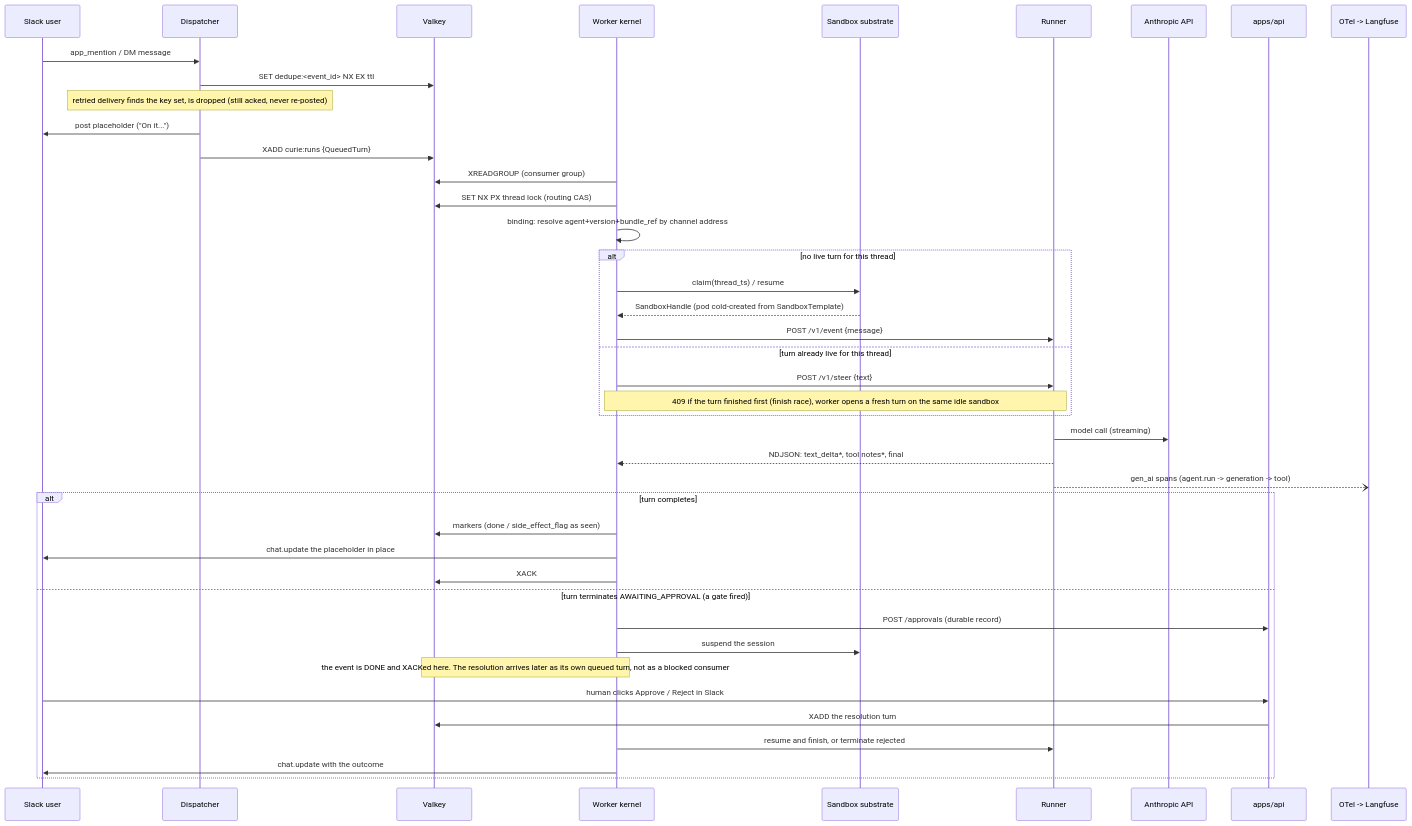
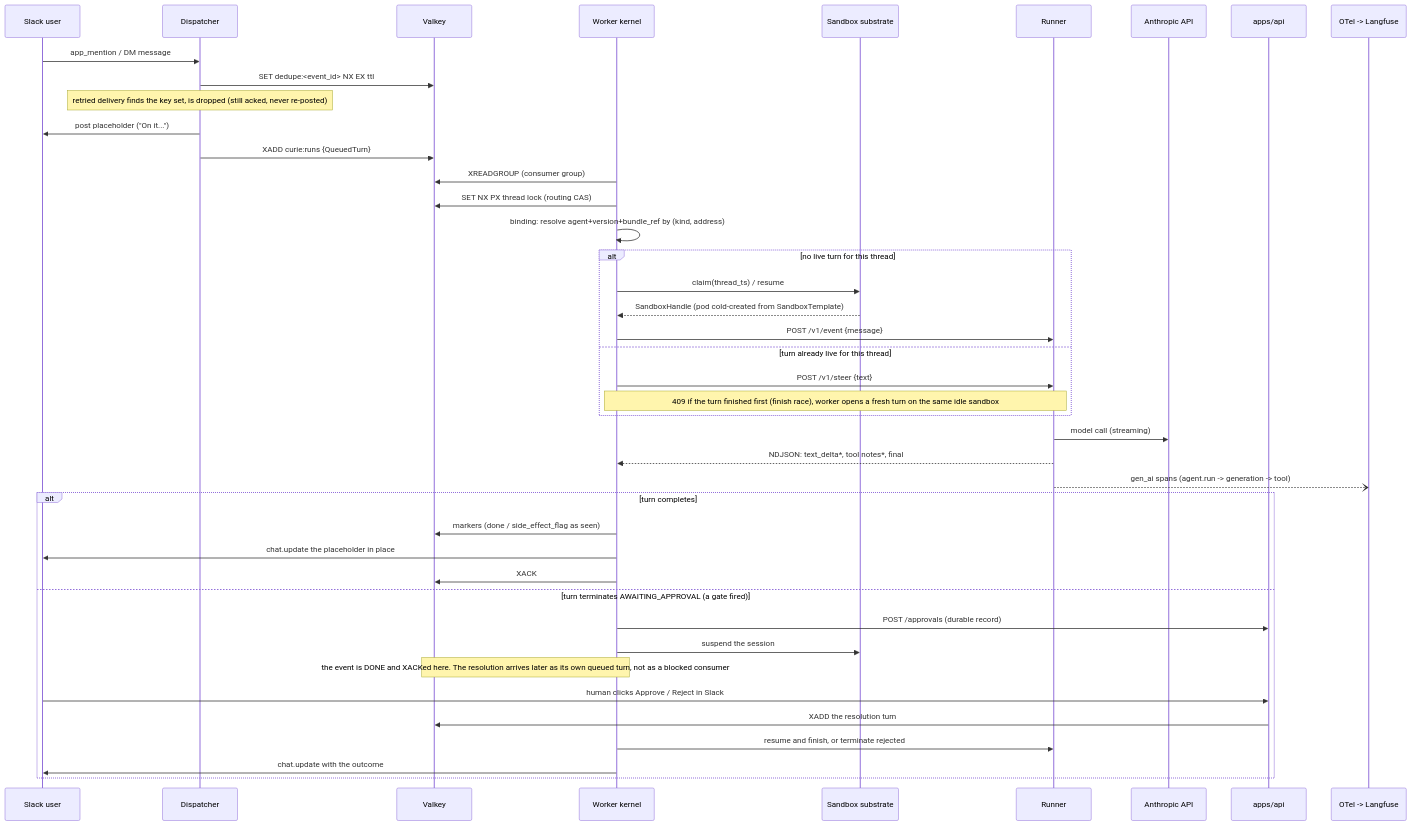
Before and after one commit to curie-eng/agentos: the second of 3 diagrams in ARCHITECTURE.md, drawn with Mermaid. The commit also changed other lines of this file and 1 other file, not shown here.

Commit message:
docs: describe channel routing pairs
- Align message flow and channel-ingress documentation with required kind and address resolution.\n- Preserve the documented adapter coverage and conformance limitation.

````diff
--- a/ARCHITECTURE.md
+++ b/ARCHITECTURE.md
@@ -167,48 +167,48 @@
 ```mermaid
 sequenceDiagram
     participant U as Slack user
     participant D as Dispatcher
     participant V as Valkey
     participant W as Worker kernel
     participant S as Sandbox substrate
     participant R as Runner
     participant A as Anthropic API
     participant P as apps/api
     participant O as OTel -> Langfuse
 
     U->>D: app_mention / DM message
     D->>V: SET dedupe:<event_id> NX EX ttl
     Note over D: retried delivery finds the key set, is dropped (still acked, never re-posted)
     D->>U: post placeholder ("On it...")
     D->>V: XADD curie:runs {QueuedTurn}
 
     W->>V: XREADGROUP (consumer group)
     W->>V: SET NX PX thread lock (routing CAS)
-    W->>W: binding: resolve agent+version+bundle_ref by channel address
+    W->>W: binding: resolve agent+version+bundle_ref by (kind, address)
     alt no live turn for this thread
         W->>S: claim(thread_ts) / resume
         S-->>W: SandboxHandle (pod cold-created from SandboxTemplate)
         W->>R: POST /v1/event {message}
     else turn already live for this thread
         W->>R: POST /v1/steer {text}
         Note over W,R: 409 if the turn finished first (finish race), worker opens a fresh turn on the same idle sandbox
     end
 
     R->>A: model call (streaming)
     R-->>W: NDJSON: text_delta*, tool notes*, final
     R--)O: gen_ai spans (agent.run -> generation -> tool)
 
     alt turn completes
         W->>V: markers (done / side_effect_flag as seen)
         W->>U: chat.update the placeholder in place
         W->>V: XACK
     else turn terminates AWAITING_APPROVAL (a gate fired)
         W->>P: POST /approvals (durable record)
         W->>S: suspend the session
         Note over W,V: the event is DONE and XACKed here. The resolution arrives later as its own queued turn, not as a blocked consumer
         U->>P: human clicks Approve / Reject in Slack
         P->>V: XADD the resolution turn
         W->>R: resume and finish, or terminate rejected
         W->>U: chat.update with the outcome
     end
 ```
````
